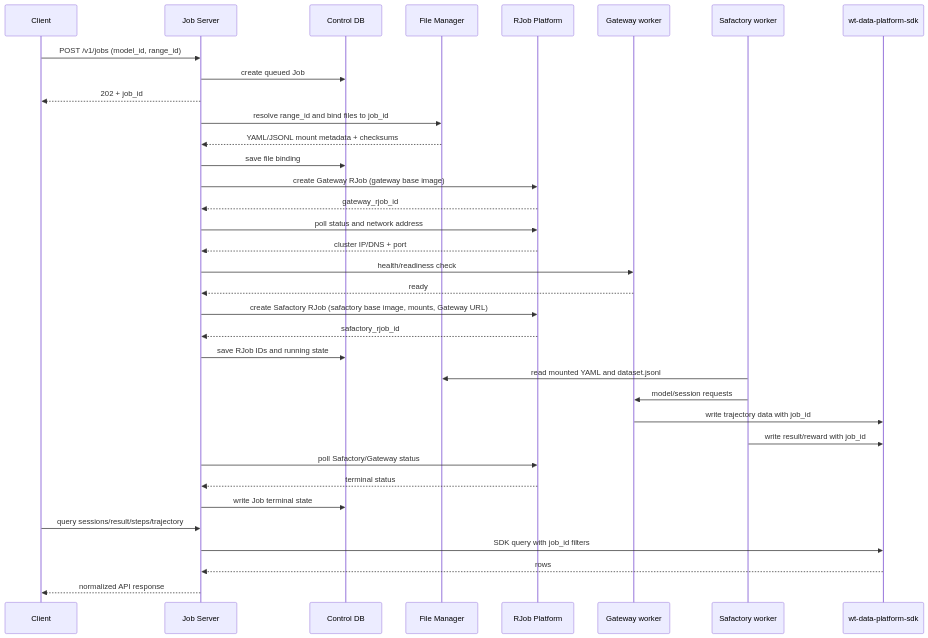
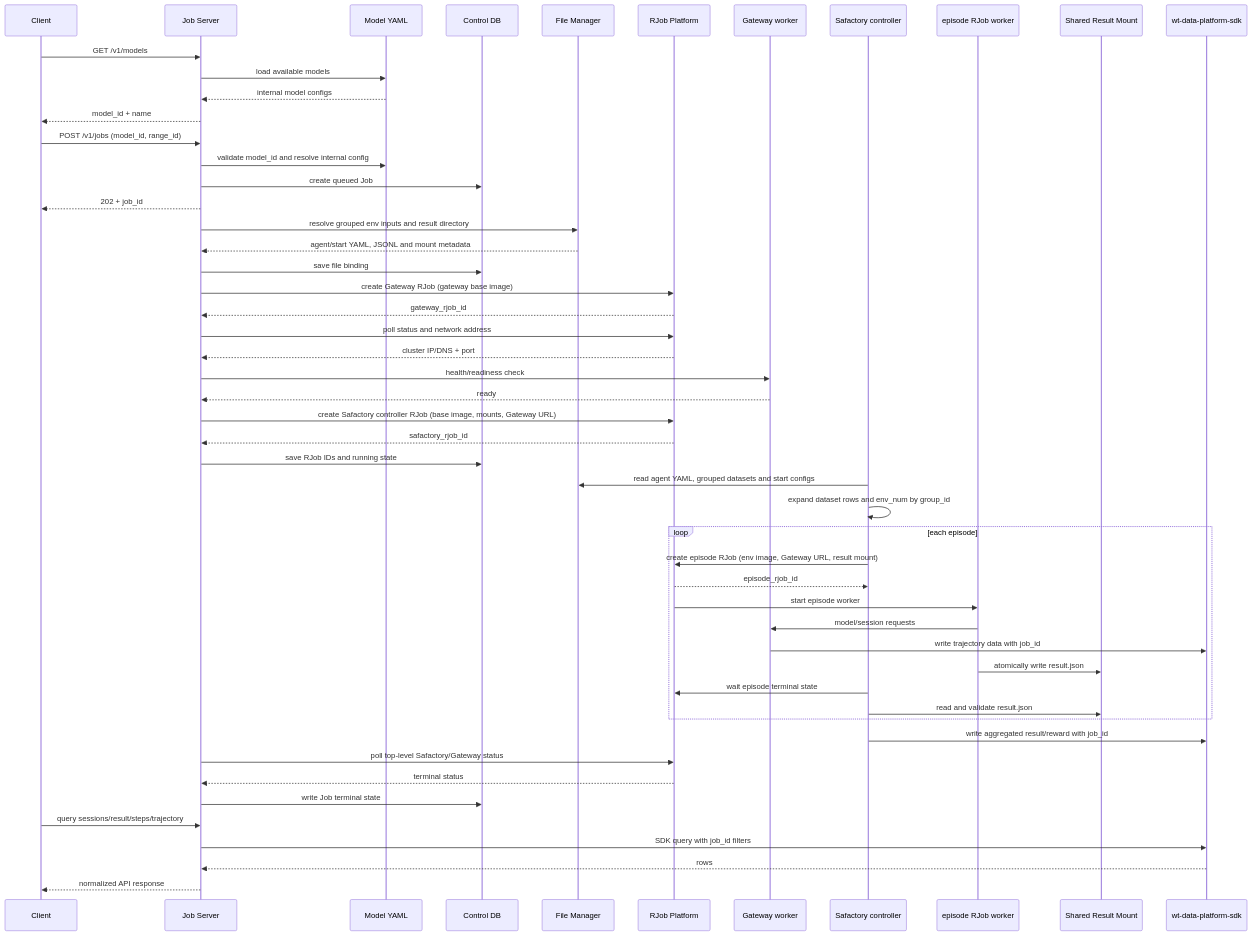
The second of 2 diagrams in docs/PRD.md (BinHuangPJLAB/SafactoryServer), drawn with Mermaid before and after one commit. The commit also changed other lines of this file and 1 other file, not shown here.

````diff
--- a/docs/PRD.md
+++ b/docs/PRD.md
@@ -324,44 +458,61 @@
 ```mermaid
 sequenceDiagram
     participant C as Client
     participant S as Job Server
+    participant M as Model YAML
     participant D as Control DB
     participant F as File Manager
     participant R as RJob Platform
     participant G as Gateway worker
-    participant W as Safactory worker
+    participant W as Safactory controller
+    participant E as episode RJob worker
+    participant O as Shared Result Mount
     participant P as wt-data-platform-sdk
 
+    C->>S: GET /v1/models
+    S->>M: load available models
+    M-->>S: internal model configs
+    S-->>C: model_id + name
     C->>S: POST /v1/jobs (model_id, range_id)
+    S->>M: validate model_id and resolve internal config
     S->>D: create queued Job
     S-->>C: 202 + job_id
 
-    S->>F: resolve range_id and bind files to job_id
-    F-->>S: YAML/JSONL mount metadata + checksums
+    S->>F: resolve grouped env inputs and result directory
+    F-->>S: agent/start YAML, JSONL and mount metadata
     S->>D: save file binding
 
     S->>R: create Gateway RJob (gateway base image)
     R-->>S: gateway_rjob_id
     S->>R: poll status and network address
     R-->>S: cluster IP/DNS + port
     S->>G: health/readiness check
     G-->>S: ready
 
-    S->>R: create Safactory RJob (safactory base image, mounts, Gateway URL)
+    S->>R: create Safactory controller RJob (base image, mounts, Gateway URL)
     R-->>S: safactory_rjob_id
     S->>D: save RJob IDs and running state
 
-    W->>F: read mounted YAML and dataset.jsonl
-    W->>G: model/session requests
-    G->>P: write trajectory data with job_id
-    W->>P: write result/reward with job_id
+    W->>F: read agent YAML, grouped datasets and start configs
+    W->>W: expand dataset rows and env_num by group_id
+    loop each episode
+        W->>R: create episode RJob (env image, Gateway URL, result mount)
+        R-->>W: episode_rjob_id
+        R->>E: start episode worker
+        E->>G: model/session requests
+        G->>P: write trajectory data with job_id
+        E->>O: atomically write result.json
+        W->>R: wait episode terminal state
+        W->>O: read and validate result.json
+    end
+    W->>P: write aggregated result/reward with job_id
 
-    S->>R: poll Safactory/Gateway status
+    S->>R: poll top-level Safactory/Gateway status
     R-->>S: terminal status
     S->>D: write Job terminal state
 
     C->>S: query sessions/result/steps/trajectory
     S->>P: SDK query with job_id filters
     P-->>S: rows
     S-->>C: normalized API response
 ```
````
